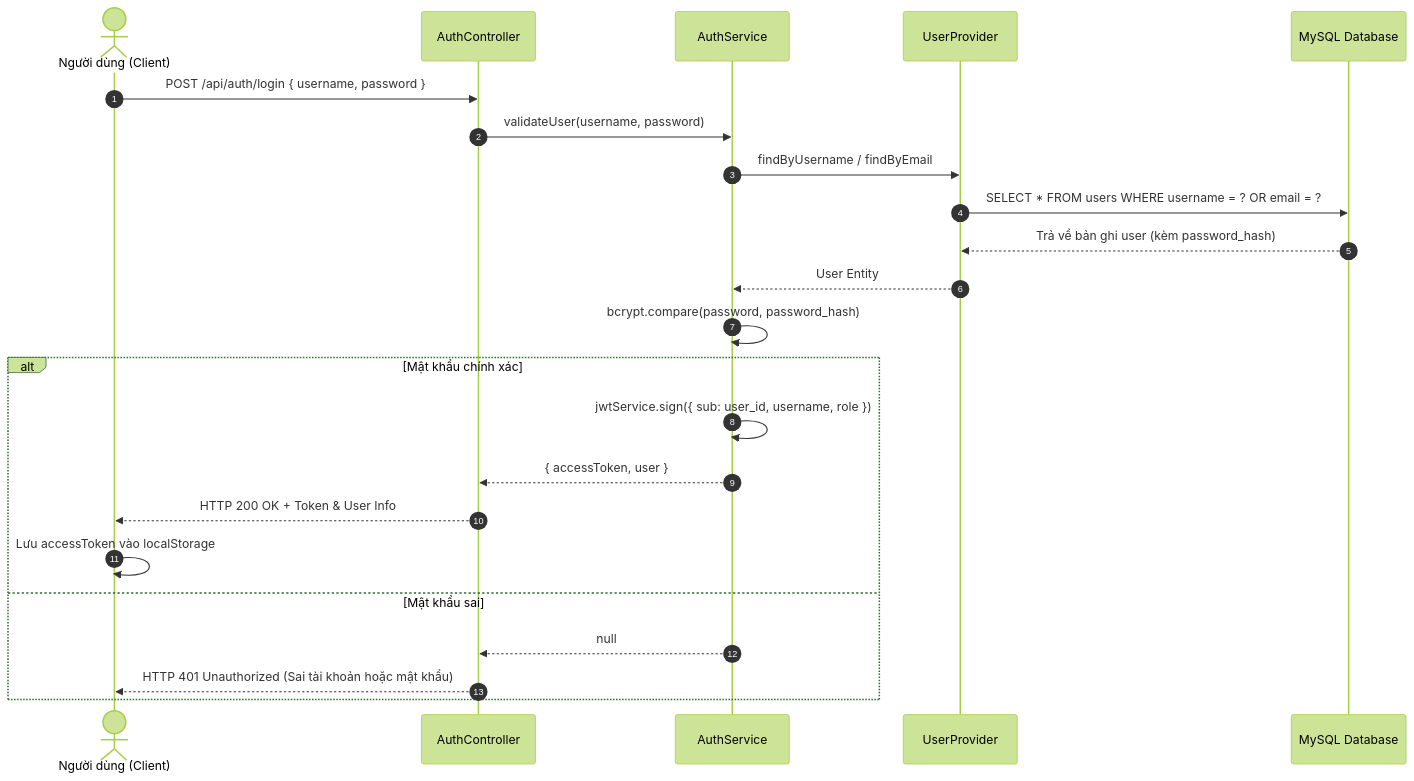
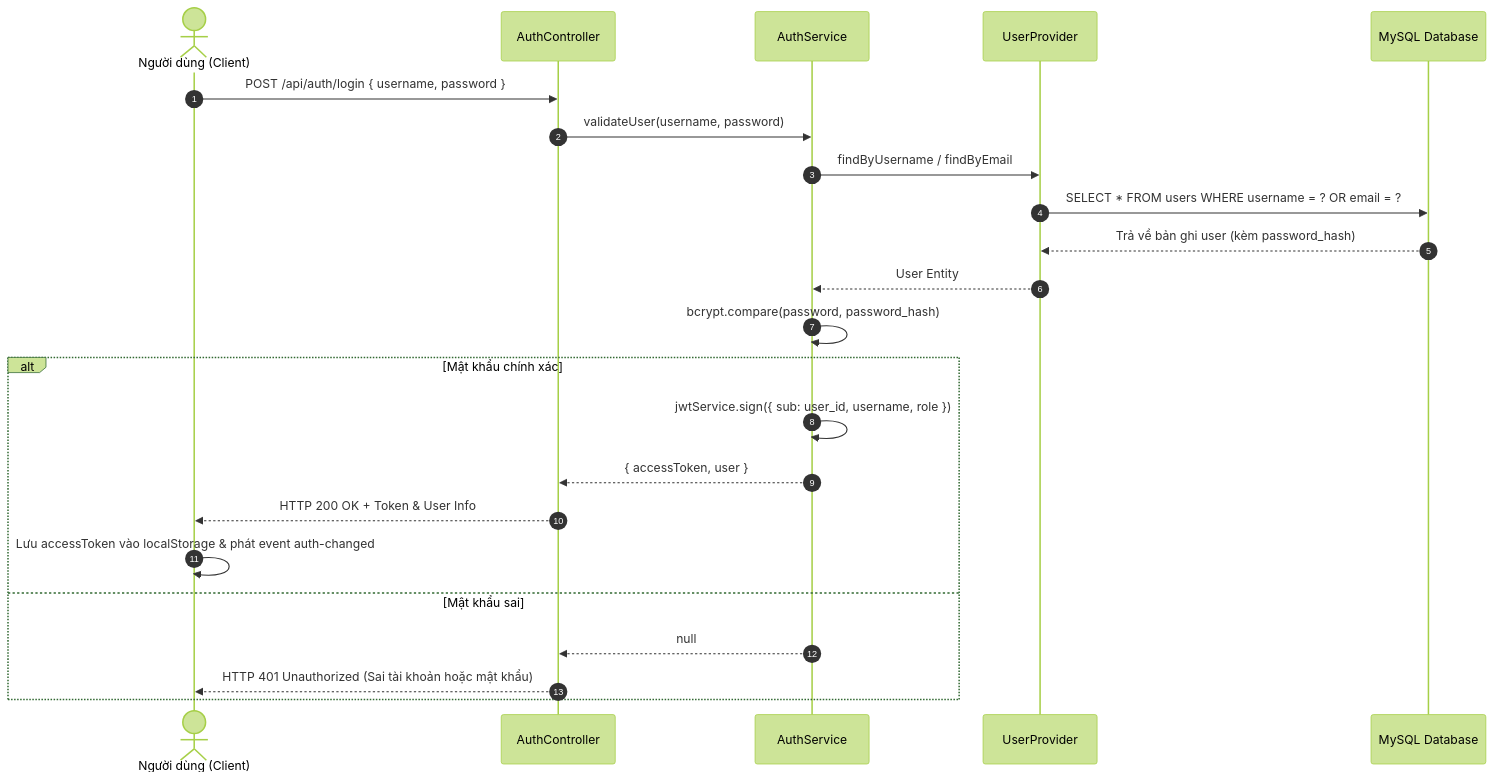
One commit to itcoder2k/ITWebNC-NO2 changed the first of 3 diagrams in docs/SEQUENCE_DIAGRAMS.md. Above: the diagram before and after it, drawn with Mermaid (forest theme). The commit also changed other lines of this file and 5 other files, not shown here.

````diff
--- a/docs/SEQUENCE_DIAGRAMS.md
+++ b/docs/SEQUENCE_DIAGRAMS.md
@@ -10,27 +10,27 @@
 ```mermaid
 sequenceDiagram
     autonumber
     actor User as Người dùng (Client)
     participant AuthC as AuthController
     participant AuthS as AuthService
     participant UserP as UserProvider
     participant DB as MySQL Database
 
     User->>AuthC: POST /api/auth/login { username, password }
     AuthC->>AuthS: validateUser(username, password)
     AuthS->>UserP: findByUsername / findByEmail
     UserP->>DB: SELECT * FROM users WHERE username = ? OR email = ?
     DB-->>UserP: Trả về bản ghi user (kèm password_hash)
     UserP-->>AuthS: User Entity
     
     AuthS->>AuthS: bcrypt.compare(password, password_hash)
     alt Mật khẩu chính xác
         AuthS->>AuthS: jwtService.sign({ sub: user_id, username, role })
         AuthS-->>AuthC: { accessToken, user }
         AuthC-->>User: HTTP 200 OK + Token & User Info
-        User->>User: Lưu accessToken vào localStorage
+        User->>User: Lưu accessToken vào localStorage & phát event auth-changed
     else Mật khẩu sai
         AuthS-->>AuthC: null
         AuthC-->>User: HTTP 401 Unauthorized (Sai tài khoản hoặc mật khẩu)
     end
 ```
````
